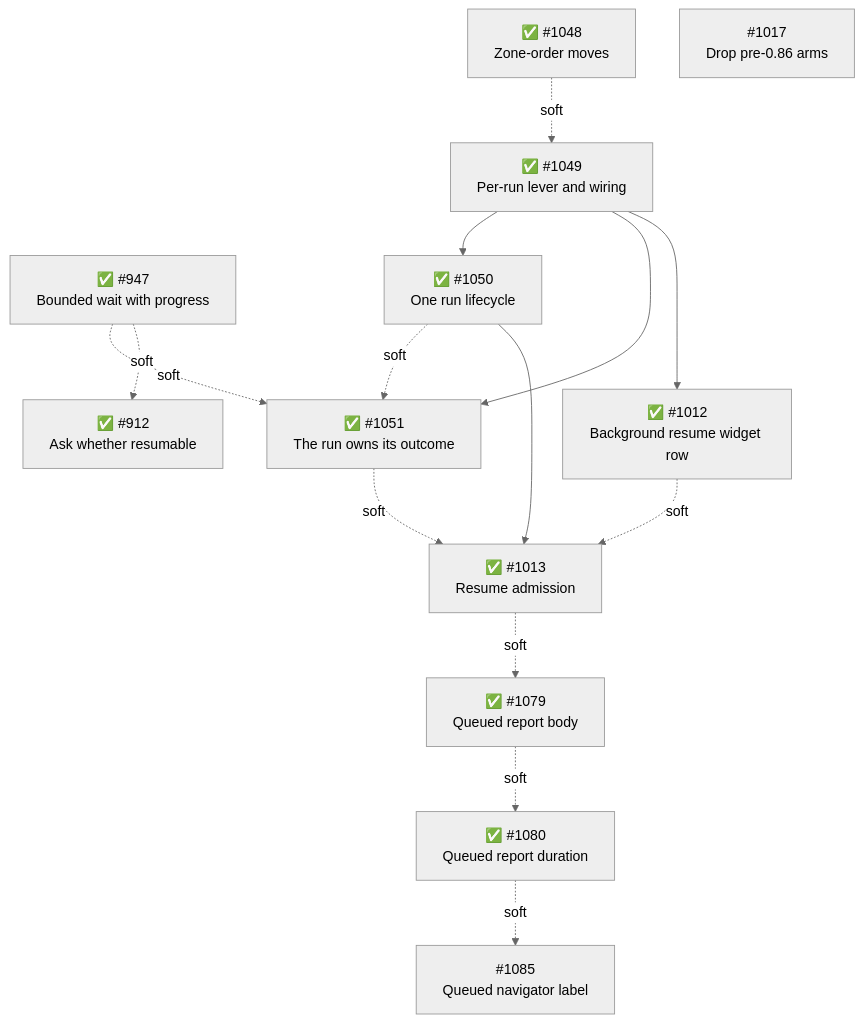
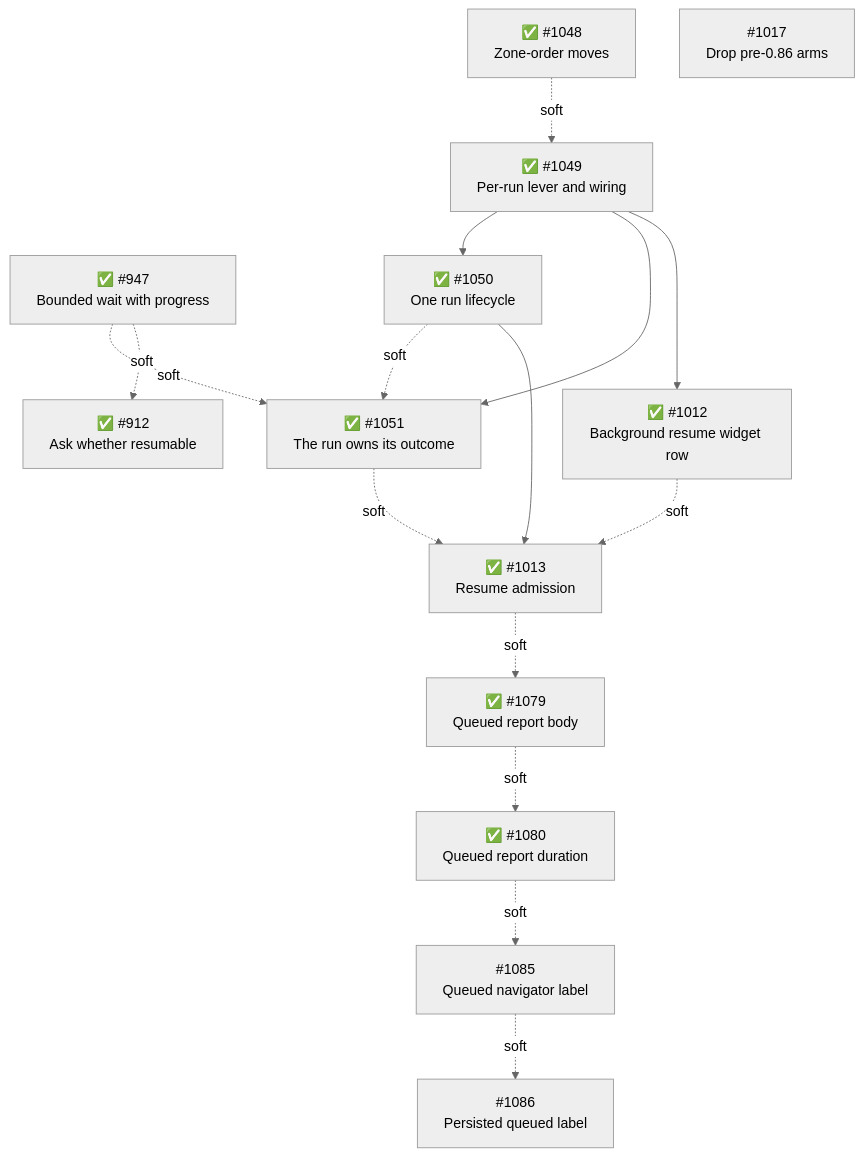
Before and after one commit to JeezyCarry/pi-packages: the sixth of 6 diagrams in packages/pi-subagents/docs/architecture/architecture.md, drawn with Mermaid (neutral theme). The commit also changed other lines of this file, not shown here.

````diff
--- a/packages/pi-subagents/docs/architecture/architecture.md
+++ b/packages/pi-subagents/docs/architecture/architecture.md
@@ -1219,17 +1235,18 @@
 ```mermaid
 flowchart TD
     S947["✅ #947<br/>Bounded wait with progress"] -.soft.-> S1051["✅ #1051<br/>The run owns its outcome"]
     S947 -.soft.-> S912["✅ #912<br/>Ask whether resumable"]
     S1048["✅ #1048<br/>Zone-order moves"] -.soft.-> S1049["✅ #1049<br/>Per-run lever and wiring"]
     S1049 --> S1050["✅ #1050<br/>One run lifecycle"]
     S1049 --> S1051
     S1049 --> S1012["✅ #1012<br/>Background resume widget row"]
     S1050 -.soft.-> S1051
     S1050 --> S1013["✅ #1013<br/>Resume admission"]
     S1051 -.soft.-> S1013
     S1012 -.soft.-> S1013
     S1013 -.soft.-> S1079["✅ #1079<br/>Queued report body"]
     S1079 -.soft.-> S1080["✅ #1080<br/>Queued report duration"]
     S1080 -.soft.-> S1085["#1085<br/>Queued navigator label"]
+    S1085 -.soft.-> S1086["#1086<br/>Persisted queued label"]
     S1017["#1017<br/>Drop pre-0.86 arms"]
 ```
````
